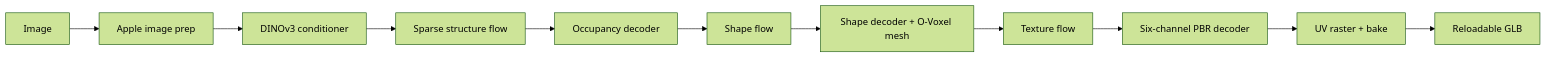
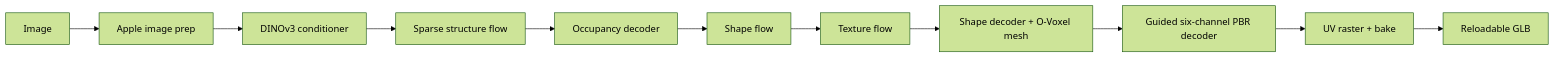
One commit to BedirT/KernelGoblin changed the first of 4 diagrams in README.md. Above: the diagram before and after it, drawn with Mermaid (forest theme). The commit also changed other lines of this file and 6 other files, not shown here.

````diff
--- a/README.md
+++ b/README.md
@@ -59,13 +61,13 @@
 ```mermaid
 flowchart LR
     I["Image"] --> V["Apple image prep"]
     V --> D["DINOv3 conditioner"]
     D --> S["Sparse structure flow"]
     S --> O["Occupancy decoder"]
     O --> F["Shape flow"]
-    F --> G["Shape decoder + O-Voxel mesh"]
-    G --> T["Texture flow"]
-    T --> P["Six-channel PBR decoder"]
+    F --> T["Texture flow"]
+    T --> G["Shape decoder + O-Voxel mesh"]
+    G --> P["Guided six-channel PBR decoder"]
     P --> U["UV raster + bake"]
     U --> B["Reloadable GLB"]
 ```
````
